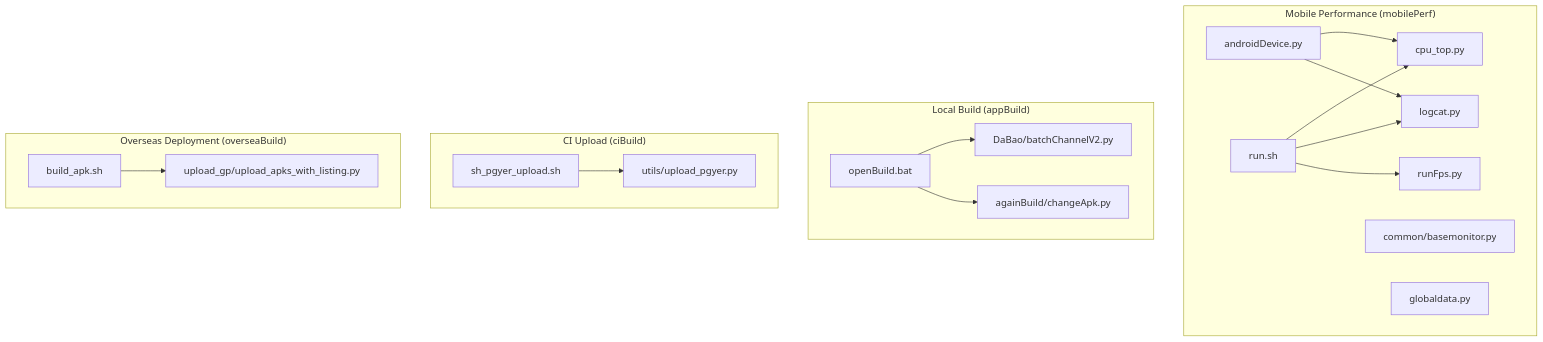
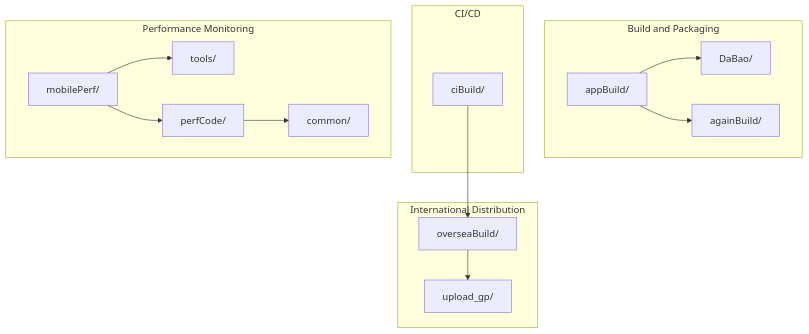
Before and after one commit to liximing1-ola/qa-perfCode: the first of 7 diagrams in .qoder/repowiki/en/content/Project Overview.md, drawn with Mermaid. The commit also changed other lines of this file and 50 other files, not shown here.

````diff
--- a/.qoder/repowiki/en/content/Project Overview.md
+++ b/.qoder/repowiki/en/content/Project Overview.md
@@ -43,34 +53,28 @@
 ```mermaid
 graph TB
-subgraph "Mobile Performance (mobilePerf)"
-MP_ADB["androidDevice.py"]
-MP_CPU["cpu_top.py"]
-MP_LOGCAT["logcat.py"]
-MP_RUNSH["run.sh"]
-MP_COMMON["common/basemonitor.py"]
-MP_GLOBAL["globaldata.py"]
-MP_FPS["runFps.py"]
+subgraph "Build and Packaging"
+AB["appBuild/"]
+AB_DB["DaBao/"]
+AB_AG["againBuild/"]
 end
-subgraph "Local Build (appBuild)"
-AB_OPEN["openBuild.bat"]
-AB_DABAO["DaBao/batchChannelV2.py"]
-AB_AGAIN["againBuild/changeApk.py"]
+subgraph "CI/CD"
+CB["ciBuild/"]
 end
-subgraph "CI Upload (ciBuild)"
-CI_SH["sh_pgyer_upload.sh"]
-CI_PY["utils/upload_pgyer.py"]
+subgraph "Performance Monitoring"
+MP["mobilePerf/"]
+MP_Tools["tools/"]
+MP_Code["perfCode/"]
+MP_Common["common/"]
 end
-subgraph "Overseas Deployment (overseaBuild)"
-OB_APK["build_apk.sh"]
-OB_GP["upload_gp/upload_apks_with_listing.py"]
+subgraph "International Distribution"
+OB["overseaBuild/"]
+OB_GP["upload_gp/"]
 end
-MP_RUNSH --> MP_CPU
-MP_RUNSH --> MP_LOGCAT
-MP_RUNSH --> MP_FPS
-MP_ADB --> MP_CPU
-MP_ADB --> MP_LOGCAT
-AB_OPEN --> AB_DABAO
-AB_OPEN --> AB_AGAIN
-CI_SH --> CI_PY
-OB_APK --> OB_GP
+AB --> AB_DB
+AB --> AB_AG
+MP --> MP_Tools
+MP --> MP_Code
+MP_Code --> MP_Common
+OB --> OB_GP
+CB --> OB
 ```
````
